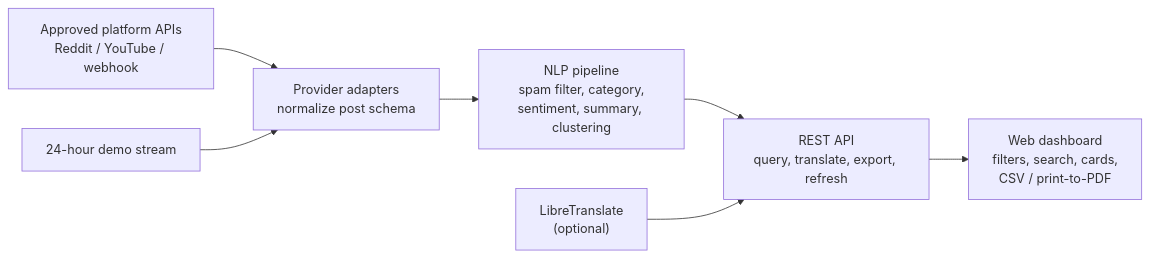
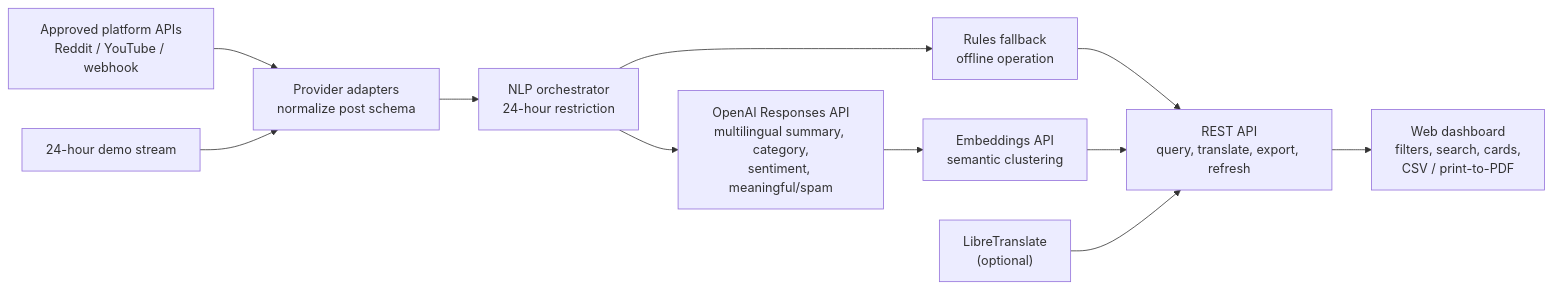
The diagram in README.md (chirag0323/Social-Media-Scraper-Dashboard), drawn with Mermaid before and after one commit. The commit also changed other lines of this file and 10 other files, not shown here.

Commit message:
feat: add model-backed multilingual NLP enrichment

````diff
--- a/README.md
+++ b/README.md
@@ -41,9 +53,13 @@
 ```mermaid
 flowchart LR
   A["Approved platform APIs<br/>Reddit / YouTube / webhook"] --> B["Provider adapters<br/>normalize post schema"]
   D["24-hour demo stream"] --> B
-  B --> C["NLP pipeline<br/>spam filter, category,<br/>sentiment, summary, clustering"]
-  C --> E["REST API<br/>query, translate, export, refresh"]
+  B --> C["NLP orchestrator<br/>24-hour restriction"]
+  C --> M["OpenAI Responses API<br/>multilingual summary, category,<br/>sentiment, meaningful/spam"]
+  C --> R["Rules fallback<br/>offline operation"]
+  M --> V["Embeddings API<br/>semantic clustering"]
+  R --> E
+  V --> E["REST API<br/>query, translate, export, refresh"]
   T["LibreTranslate<br/>(optional)"] --> E
   E --> F["Web dashboard<br/>filters, search, cards,<br/>CSV / print-to-PDF"]
 ```
````
